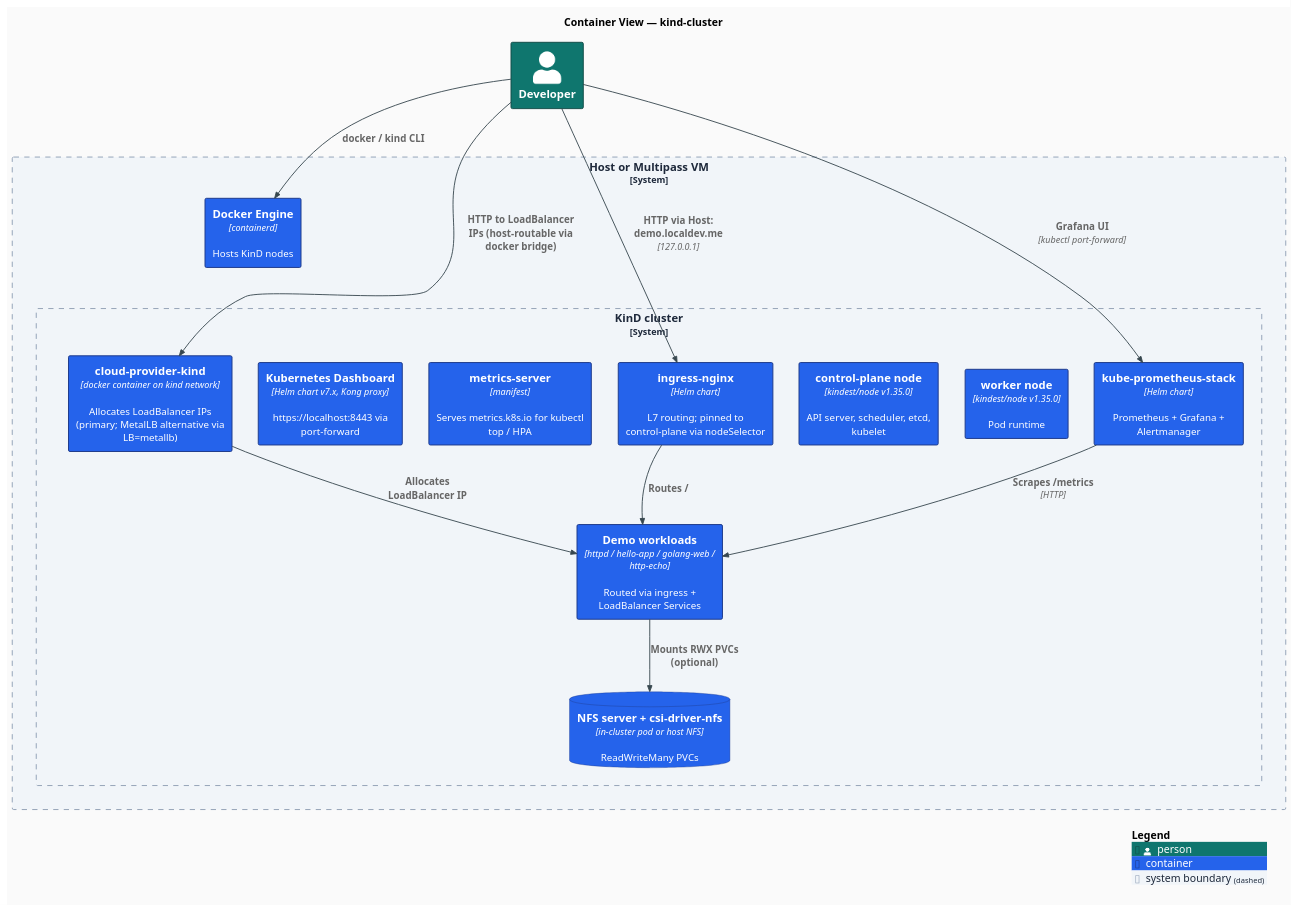
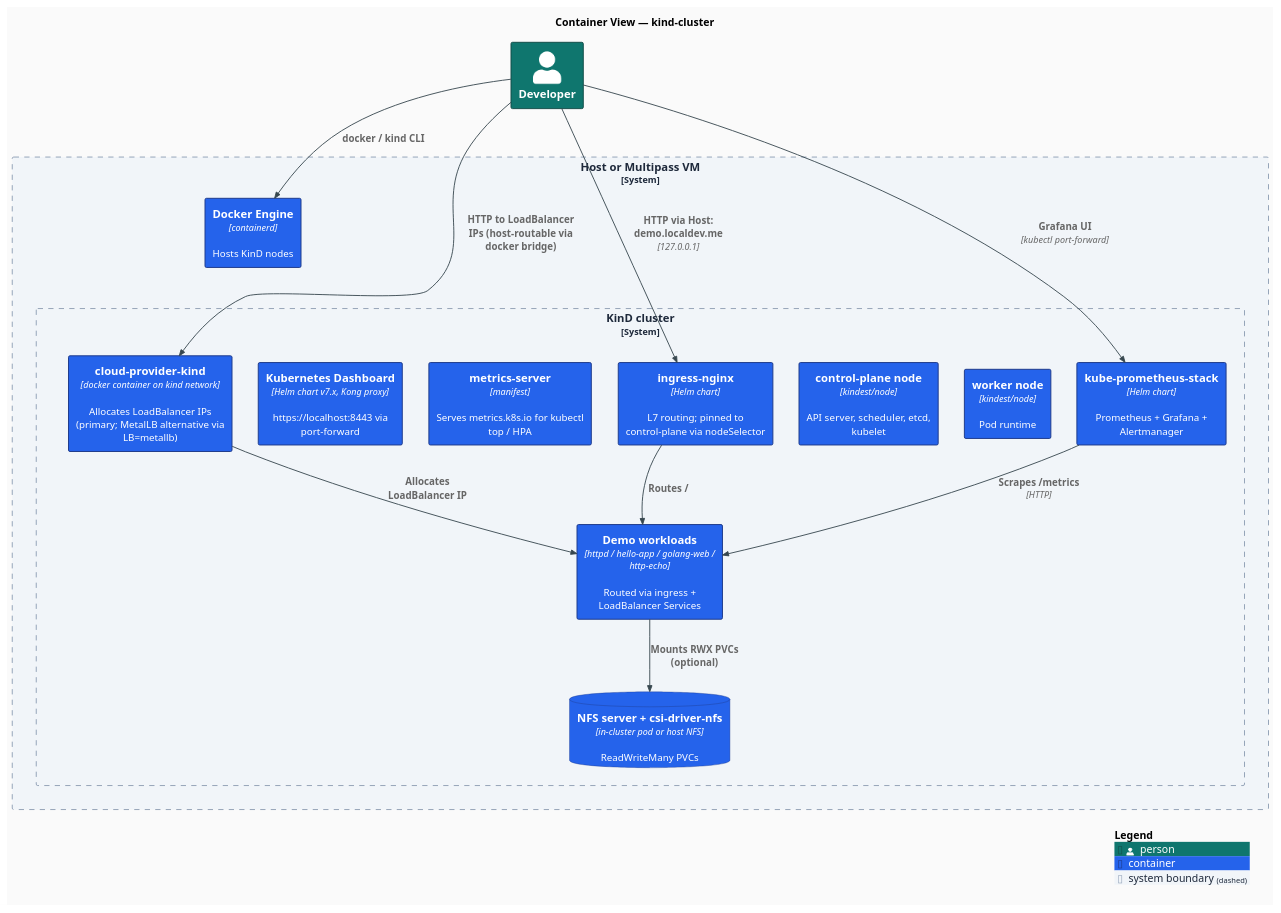
The diagram in docs/diagrams/c4-container.puml (AndriyKalashnykov/kind-cluster), drawn with PlantUML before and after one commit. The commit also changed 22 other files, not shown here.

```diff
--- a/docs/diagrams/c4-container.puml
+++ b/docs/diagrams/c4-container.puml
@@ -1,55 +1,55 @@
 @startuml c4-container
 !include https://raw.githubusercontent.com/plantuml-stdlib/C4-PlantUML/v2.11.0/C4_Container.puml
 
 ' Modern flat styling: no shadows, sharper corners, clean sans-serif, modern palette.
 skinparam backgroundColor #FAFAFA
 skinparam shadowing false
 skinparam roundCorner 4
 skinparam defaultFontName "Inter, Helvetica, Arial, sans-serif"
 skinparam defaultFontSize 13
 skinparam ArrowColor #37474F
 skinparam ArrowThickness 1.2
 skinparam rectangleBorderThickness 1.3
 
 UpdateElementStyle("person",       $fontColor="#FFFFFF", $bgColor="#0F766E", $borderColor="#134E4A")
 UpdateElementStyle("container",    $fontColor="#FFFFFF", $bgColor="#2563EB", $borderColor="#1E3A8A")
 UpdateElementStyle("container_db", $fontColor="#FFFFFF", $bgColor="#7C3AED", $borderColor="#4C1D95")
 UpdateBoundaryStyle($bgColor="#F1F5F9", $borderColor="#94A3B8", $fontColor="#1E293B")
 
 title Container View — kind-cluster
 
 Person(dev, "Developer")
 
 System_Boundary(host, "Host or Multipass VM") {
   Container(docker, "Docker Engine", "containerd", "Hosts KinD nodes")
 
   System_Boundary(kind, "KinD cluster") {
-    Container(cp, "control-plane node", "kindest/node v1.35.0", "API server, scheduler, etcd, kubelet")
-    Container(worker, "worker node", "kindest/node v1.35.0", "Pod runtime")
+    Container(cp, "control-plane node", "kindest/node", "API server, scheduler, etcd, kubelet")
+    Container(worker, "worker node", "kindest/node", "Pod runtime")
 
     Container(ingress, "ingress-nginx", "Helm chart", "L7 routing; pinned to control-plane via nodeSelector")
     Container(lb, "cloud-provider-kind", "docker container on kind network", "Allocates LoadBalancer IPs (primary; MetalLB alternative via LB=metallb)")
     Container(metrics, "metrics-server", "manifest", "Serves metrics.k8s.io for kubectl top / HPA")
     Container(dash, "Kubernetes Dashboard", "Helm chart v7.x, Kong proxy", "https://localhost:8443 via port-forward")
     ContainerDb(nfs, "NFS server + csi-driver-nfs", "in-cluster pod or host NFS", "ReadWriteMany PVCs")
     Container(prom, "kube-prometheus-stack", "Helm chart", "Prometheus + Grafana + Alertmanager")
     Container(apps, "Demo workloads", "httpd / hello-app / golang-web / http-echo", "Routed via ingress + LoadBalancer Services")
   }
 }
 
 Rel(dev, docker, "docker / kind CLI")
 Rel(dev, ingress, "HTTP via Host: demo.localdev.me", "127.0.0.1")
 Rel(dev, lb, "HTTP to LoadBalancer IPs (host-routable via docker bridge)")
 Rel(ingress, apps, "Routes /")
 Rel(lb, apps, "Allocates LoadBalancer IP")
 Rel(apps, nfs, "Mounts RWX PVCs (optional)")
 Rel(prom, apps, "Scrapes /metrics", "HTTP")
 Rel(dev, prom, "Grafana UI", "kubectl port-forward")
 
 Lay_D(docker, kind)
 Lay_R(cp, worker)
 Lay_D(ingress, apps)
 Lay_R(lb, apps)
 
 SHOW_LEGEND()
 @enduml
```
